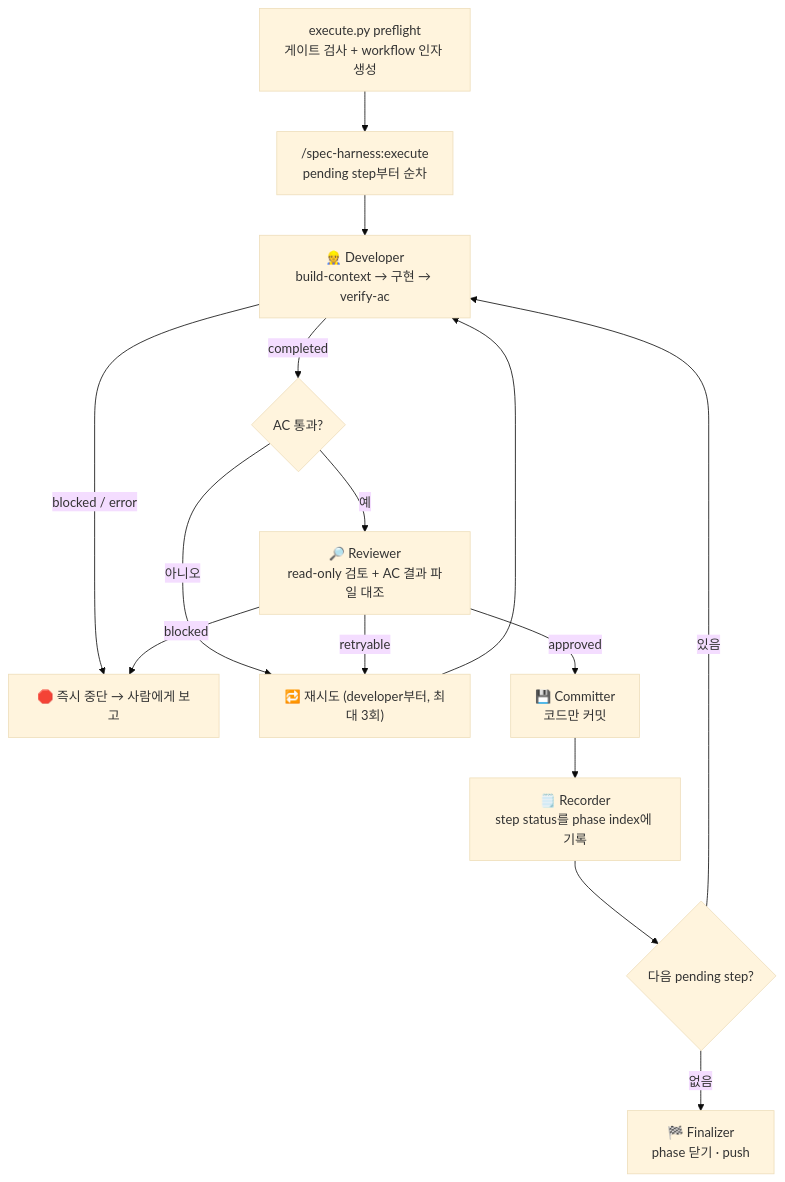
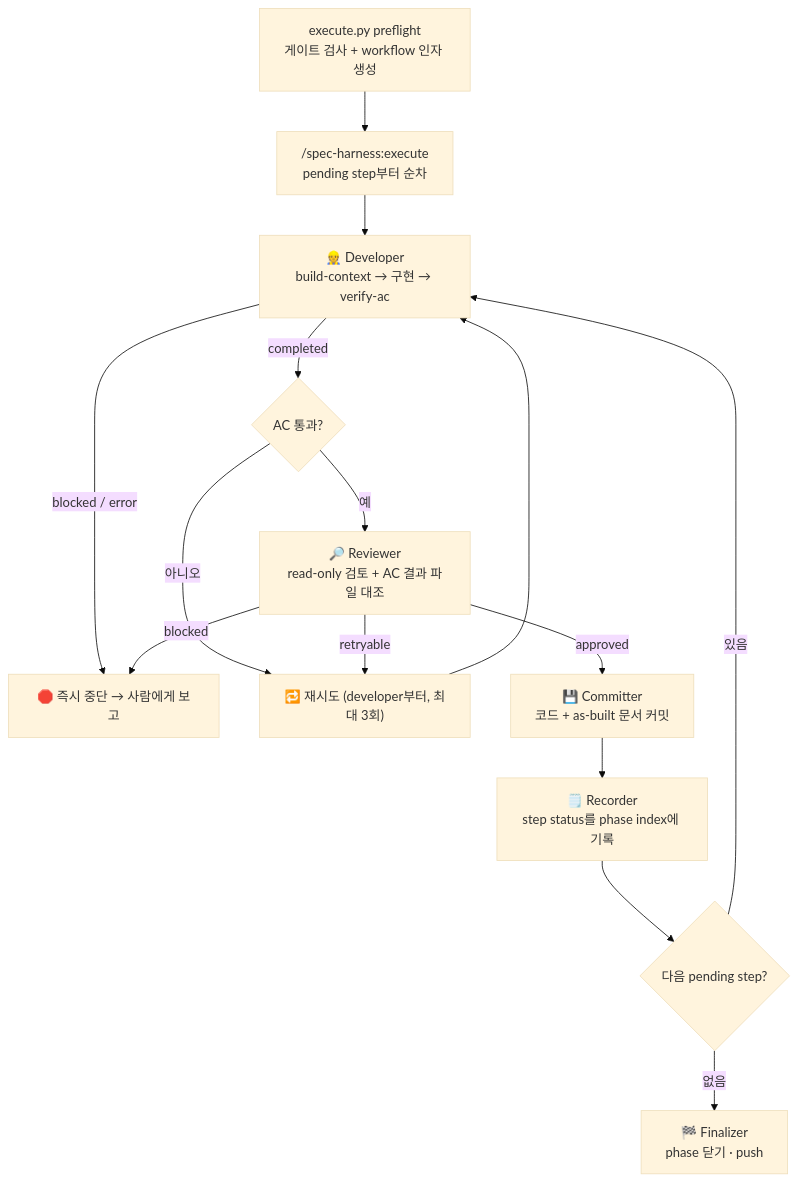
Before and after one commit to KimYeonWook511/spec-harness-plugin: the third of 4 diagrams in README.md, drawn with Mermaid (base theme). The commit also changed other lines of this file and 2 other files, not shown here.

````diff
--- a/README.md
+++ b/README.md
@@ -182,17 +182,17 @@
 ```mermaid
 flowchart TD
     PF["execute.py preflight<br>게이트 검사 + workflow 인자 생성"] --> WF["/spec-harness:execute<br>pending step부터 순차"]
     WF --> G["👷 Developer<br>build-context → 구현 → verify-ac"]
     G -->|blocked / error| L["🛑 즉시 중단 → 사람에게 보고"]
     G -->|completed| H{"AC 통과?"}
     H -->|아니오| J["🔁 재시도 (developer부터, 최대 3회)"]
     H -->|예| I["🔎 Reviewer<br>read-only 검토 + AC 결과 파일 대조"]
     I -->|retryable| J
     I -->|blocked| L
-    I -->|approved| K["💾 Committer<br>코드만 커밋"]
+    I -->|approved| K["💾 Committer<br>코드 + as-built 문서 커밋"]
     J --> G
     K --> R["🗒️ Recorder<br>step status를 phase index에 기록"]
     R --> N{"다음 pending step?"}
     N -->|있음| G
     N -->|없음| FIN["🏁 Finalizer<br>phase 닫기 · push"]
 ```
````
